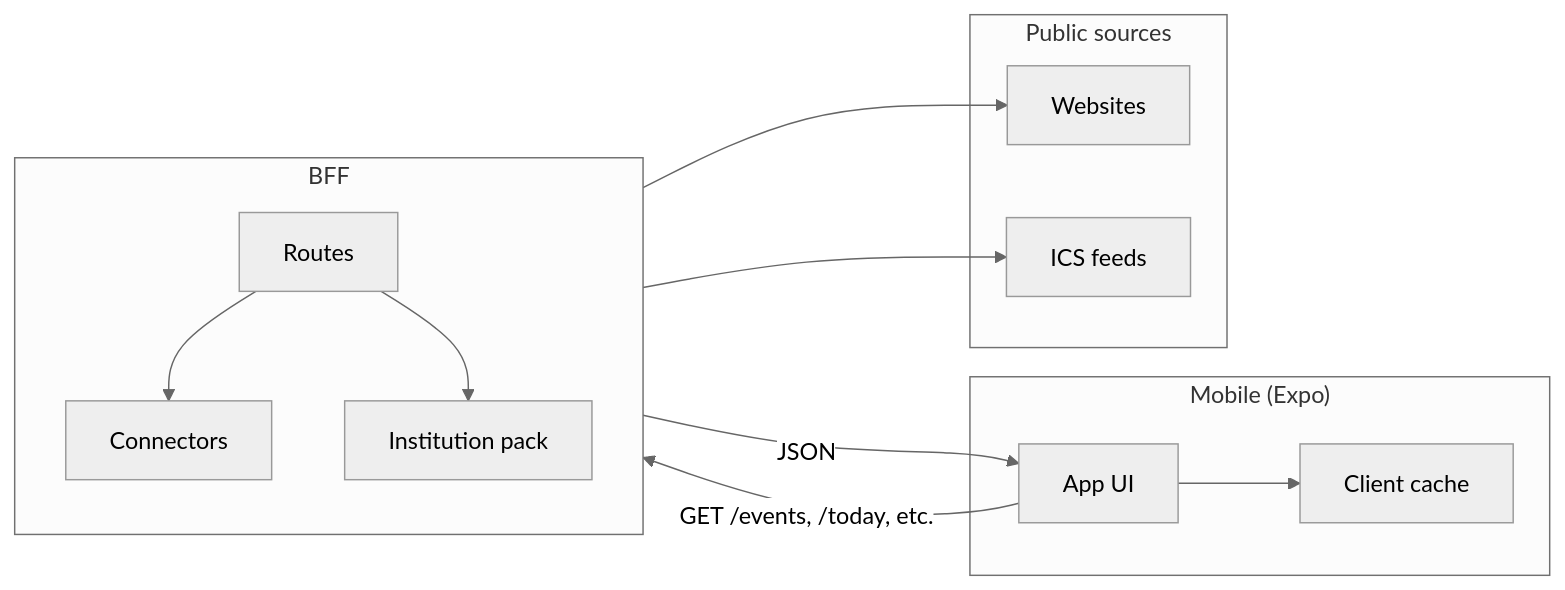
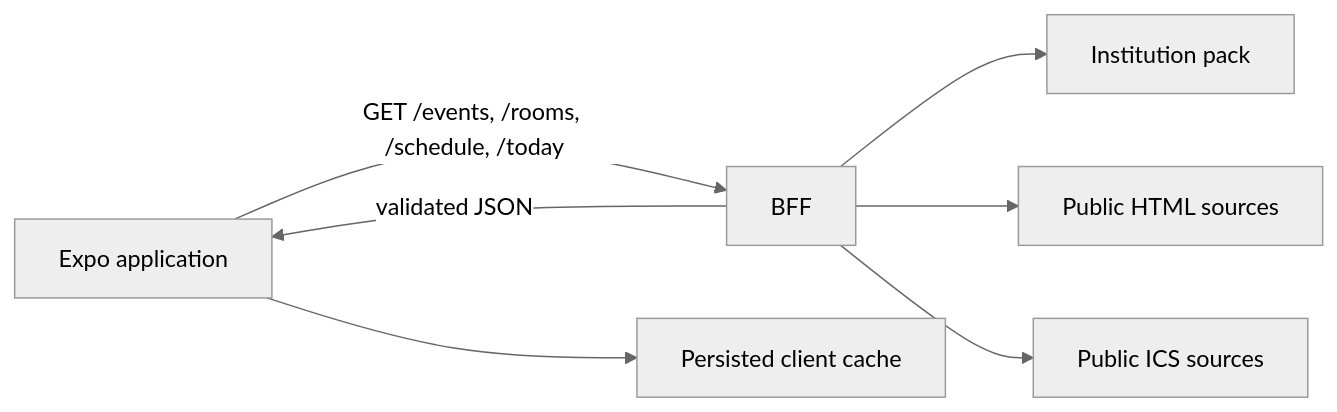
Before and after one commit to sebastianspicker/concourse: the diagram in docs/architecture.md, drawn with Mermaid (neutral theme). The commit also changed other lines of this file and 389 other files, not shown here.

````diff
--- a/docs/architecture.md
+++ b/docs/architecture.md
@@ -7,23 +7,9 @@
 ```mermaid
 flowchart LR
-  subgraph Client["Mobile (Expo)"]
-    App[App UI]
-    Cache[Client cache]
-    App --> Cache
-  end
-  subgraph BFF["BFF"]
-    Routes[Routes]
-    Connectors[Connectors]
-    Inst[Institution pack]
-    Routes --> Connectors
-    Routes --> Inst
-  end
-  subgraph Sources["Public sources"]
-    Web[Websites]
-    ICS[ICS feeds]
-  end
-  App -->|GET /events, /today, etc.| BFF
-  BFF --> Web
-  BFF --> ICS
-  BFF -->|JSON| App
+  Client["Expo application"] -->|"GET /events, /rooms, /schedule, /today"| BFF
+  BFF --> Pack["Institution pack"]
+  BFF --> HTML["Public HTML sources"]
+  BFF --> ICS["Public ICS sources"]
+  BFF -->|"validated JSON"| Client
+  Client --> Cache["Persisted client cache"]
 ```
````
